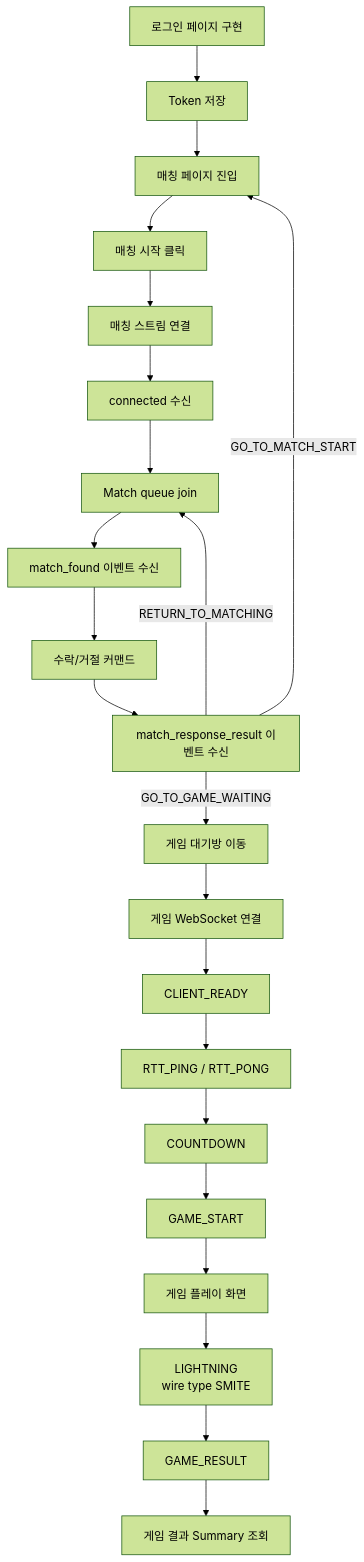
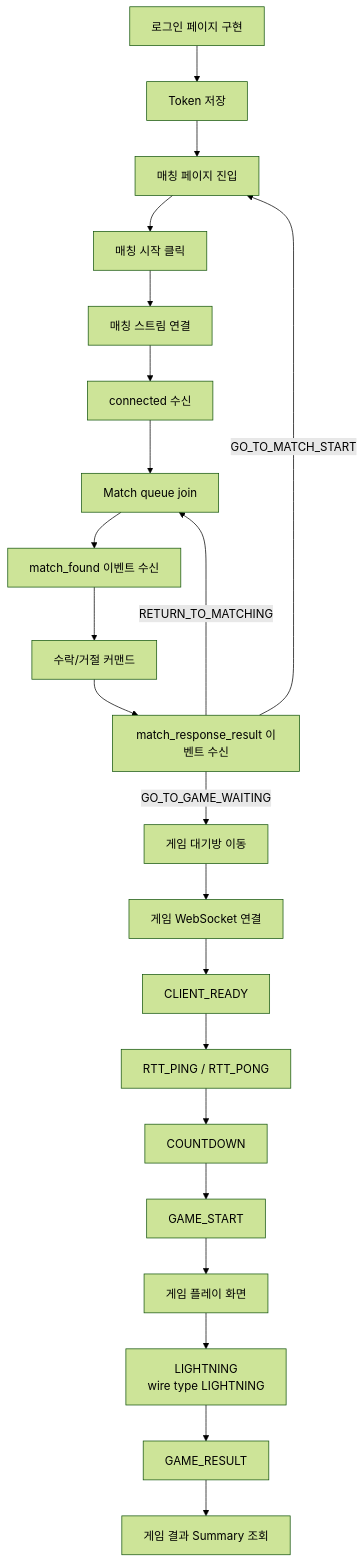
The diagram in docs/antigravity/frontend/front-plan.md (moonwhistle/League-of-Star), drawn with Mermaid (forest theme) before and after one commit. The commit also changed other lines of this file and 70 other files, not shown here.

````diff
--- a/docs/antigravity/frontend/front-plan.md
+++ b/docs/antigravity/frontend/front-plan.md
@@ -18,24 +18,24 @@
 ```mermaid
 flowchart TD
     A[로그인 페이지 구현] --> B[Token 저장]
     B --> C[매칭 페이지 진입]
     C --> D[매칭 시작 클릭]
     D --> E[매칭 스트림 연결]
     E --> F[connected 수신]
     F --> G[Match queue join]
     G --> H[match_found 이벤트 수신]
     H --> I[수락/거절 커맨드]
     I --> J[match_response_result 이벤트 수신]
     J -->|GO_TO_GAME_WAITING| K[게임 대기방 이동]
     J -->|GO_TO_MATCH_START| C
     J -->|RETURN_TO_MATCHING| G
     K --> L[게임 WebSocket 연결]
     L --> M[CLIENT_READY]
     M --> N[RTT_PING / RTT_PONG]
     N --> O[COUNTDOWN]
     O --> P[GAME_START]
     P --> Q[게임 플레이 화면]
-    Q --> R[LIGHTNING<br/>wire type SMITE]
+    Q --> R[LIGHTNING<br/>wire type LIGHTNING]
     R --> S[GAME_RESULT]
     S --> T[게임 결과 Summary 조회]
 ```
````
